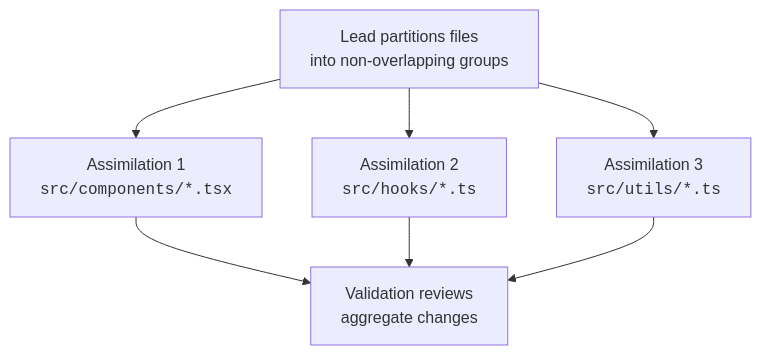
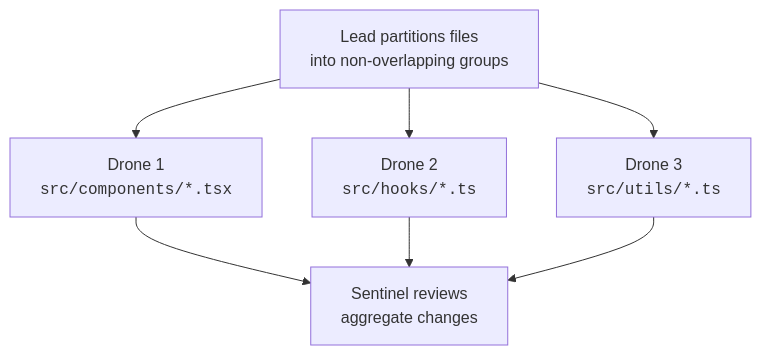
One commit to benediktms/unimatrix changed the sixth of 10 diagrams in README.md. Above: the diagram before and after it, drawn with Mermaid. The commit also changed other lines of this file and 30 other files, not shown here.

````diff
--- a/README.md
+++ b/README.md
@@ -292,8 +292,8 @@
 ```mermaid
 flowchart TD
     Lead["Lead partitions files<br/>into non-overlapping groups"] --> A1 & A2 & A3
-    A1["Assimilation 1<br/><code>src/components/*.tsx</code>"]
-    A2["Assimilation 2<br/><code>src/hooks/*.ts</code>"]
-    A3["Assimilation 3<br/><code>src/utils/*.ts</code>"]
-    A1 & A2 & A3 --> Review["Validation reviews<br/>aggregate changes"]
+    A1["Drone 1<br/><code>src/components/*.tsx</code>"]
+    A2["Drone 2<br/><code>src/hooks/*.ts</code>"]
+    A3["Drone 3<br/><code>src/utils/*.ts</code>"]
+    A1 & A2 & A3 --> Review["Sentinel reviews<br/>aggregate changes"]
 ```
````
